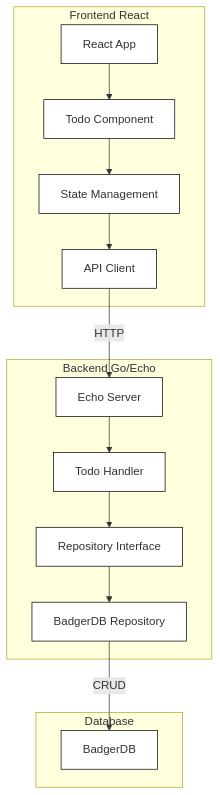
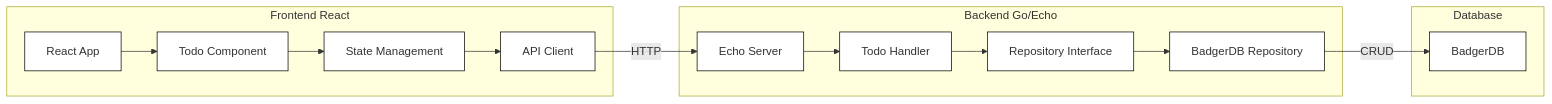
One commit to donvito/cursor-react-go-starter changed the diagram in README.md. Above: the diagram before and after it, drawn with Mermaid. The commit also changed other lines of this file, not shown here.

Commit message:
Update README with Cursor IDE reference and adjust architecture diagram

````diff
--- a/README.md
+++ b/README.md
@@ -15,33 +9,33 @@
 ```mermaid
-flowchart TB
+flowchart LR
     subgraph Frontend[Frontend React]
         A[React App]
         B[Todo Component]
         C[State Management]
         D[API Client]
         A --> B
         B --> C
         C --> D
     end
 
     subgraph Backend[Backend Go/Echo]
         E[Echo Server]
         F[Todo Handler]
         G[Repository Interface]
         H[BadgerDB Repository]
         E --> F
         F --> G
         G --> H
     end
 
     subgraph DB[Database]
         I[BadgerDB]
     end
 
     D -->|HTTP| E
     H -->|CRUD| I
 
     classDef default fill:#ffffff,stroke:#000000,stroke-width:1px;
     
     class A,B,C,D,E,F,G,H,I default;
 ```
````
